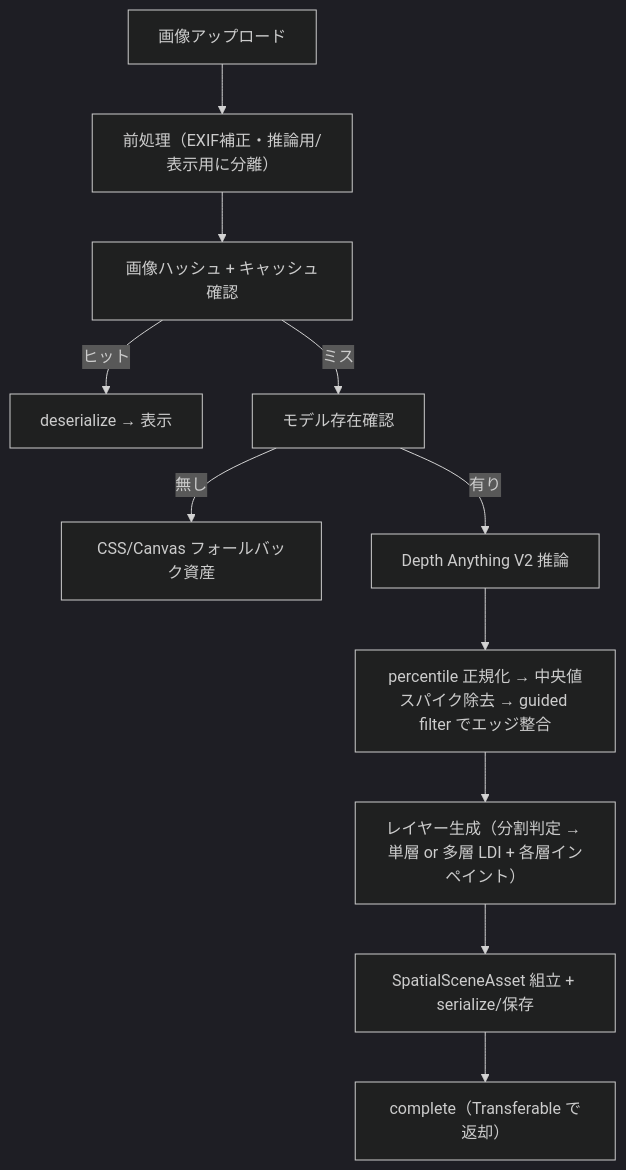
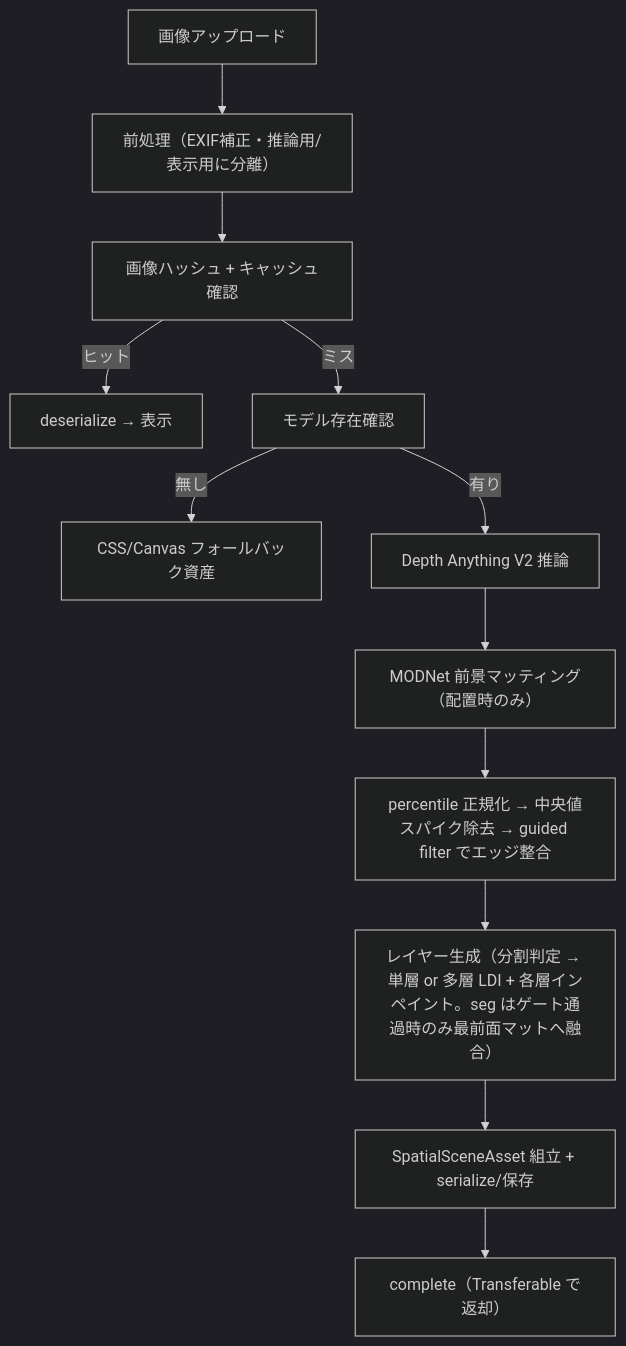
Before and after one commit to antaku66/parallax-image-generator: the first of 3 diagrams in docs/03-Pipeline.md, drawn with Mermaid. The commit also changed other lines of this file and 24 other files, not shown here.

````diff
--- a/docs/03-Pipeline.md
+++ b/docs/03-Pipeline.md
@@ -7,14 +7,15 @@
 ```mermaid
 %%{init: {'theme':'dark'}}%%
 flowchart TD
     A["画像アップロード"] --> B["前処理（EXIF補正・推論用/表示用に分離）"]
     B --> H["画像ハッシュ + キャッシュ確認"]
     H -->|ヒット| Z["deserialize → 表示"]
     H -->|ミス| C["モデル存在確認"]
     C -->|無し| F["CSS/Canvas フォールバック資産"]
     C -->|有り| D["Depth Anything V2 推論"]
-    D --> E["percentile 正規化 → 中央値スパイク除去 → guided filter でエッジ整合"]
-    E --> G["レイヤー生成（分割判定 → 単層 or 多層 LDI + 各層インペイント）"]
+    D --> S["MODNet 前景マッティング（配置時のみ）"]
+    S --> E["percentile 正規化 → 中央値スパイク除去 → guided filter でエッジ整合"]
+    E --> G["レイヤー生成（分割判定 → 単層 or 多層 LDI + 各層インペイント。seg はゲート通過時のみ最前面マットへ融合）"]
     G --> J["SpatialSceneAsset 組立 + serialize/保存"]
     J --> K["complete（Transferable で返却）"]
 ```
````
